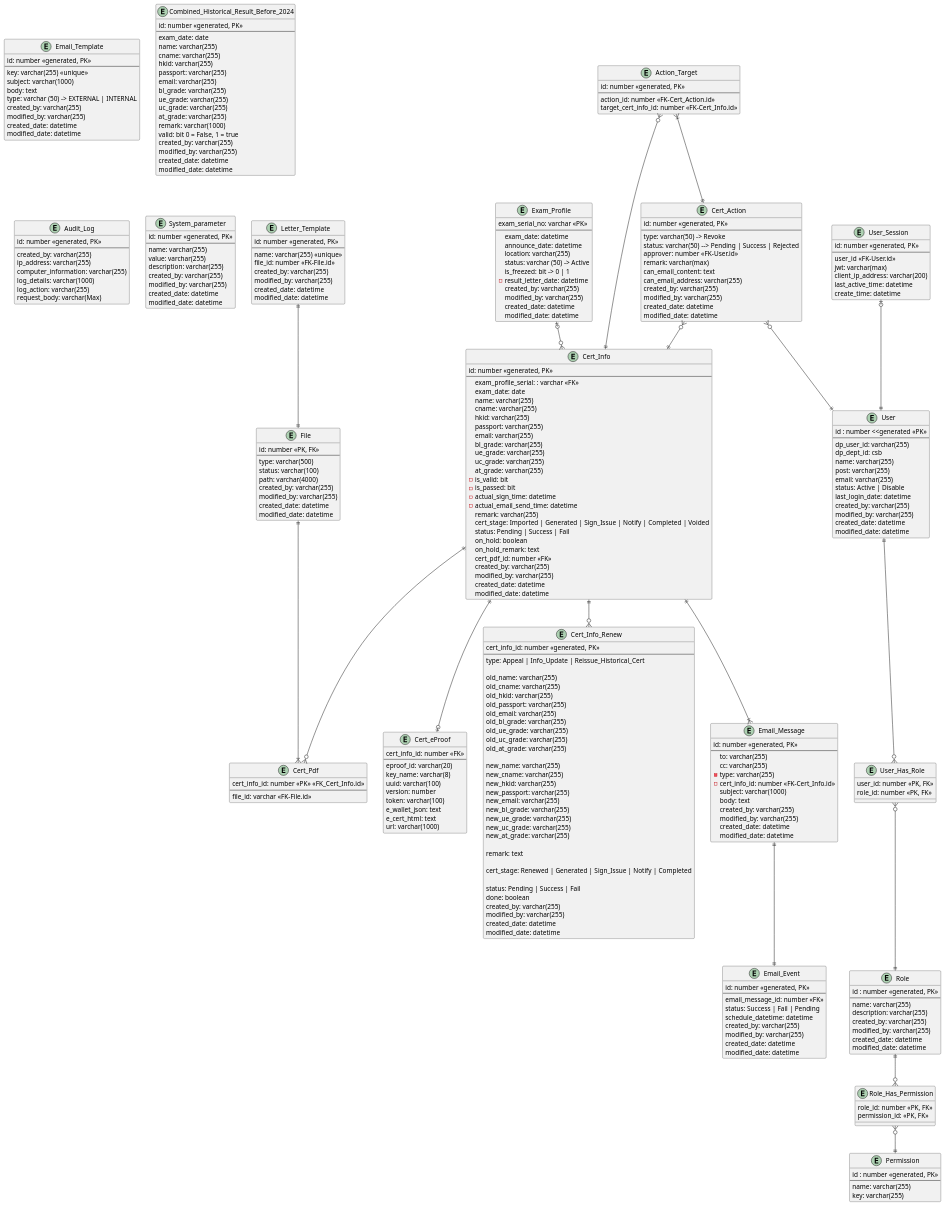
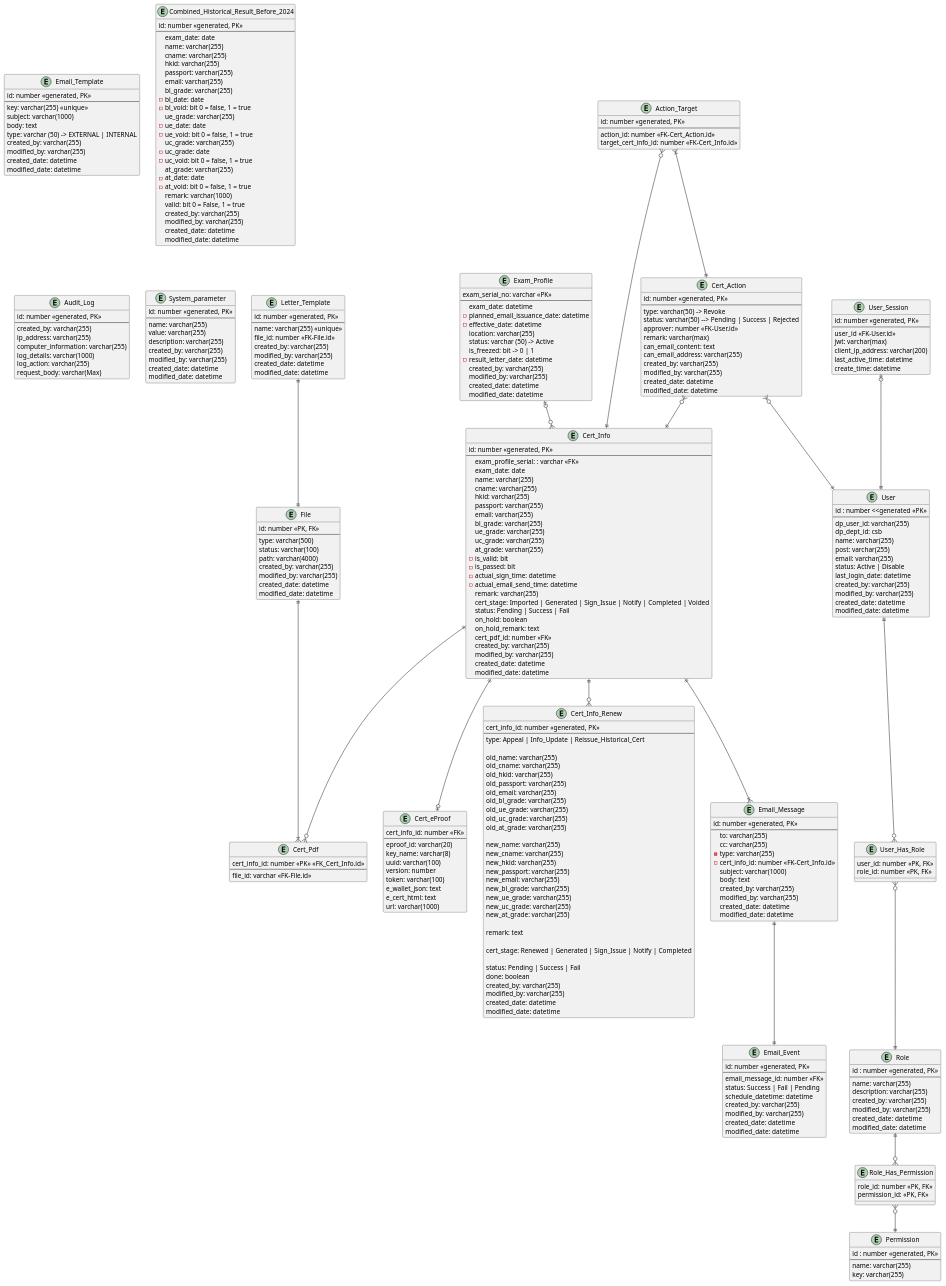
The diagram in er-diagram.puml (igsl-group/csb_eproof), drawn with PlantUML before and after one commit.

Commit message:
Update puml

```diff
--- a/er-diagram.puml
+++ b/er-diagram.puml
@@ -51,7 +51,8 @@
   exam_serial_no: varchar <<PK>>
   --
   exam_date: datetime
-  announce_date: datetime
+ - planned_email_issuance_date: datetime
+ - effective_date: datetime
   location: varchar(255)
   status: varchar (50) -> Active
   is_freezed: bit -> 0 | 1
@@ -216,9 +217,17 @@
     passport: varchar(255)
     email: varchar(255)
     bl_grade: varchar(255)
+    - bl_date: date
+    - bl_void: bit 0 = false, 1 = true
     ue_grade: varchar(255)
+    - ue_date: date
+    - ue_void: bit 0 = false, 1 = true
     uc_grade: varchar(255)
+    - uc_grade: date
+    - uc_void: bit 0 = false, 1 = true
     at_grade: varchar(255)
+    - at_date: date
+    - at_void: bit 0 = false, 1 = true
     remark: varchar(1000)
     valid: bit 0 = False, 1 = true
     created_by: varchar(255)
```
